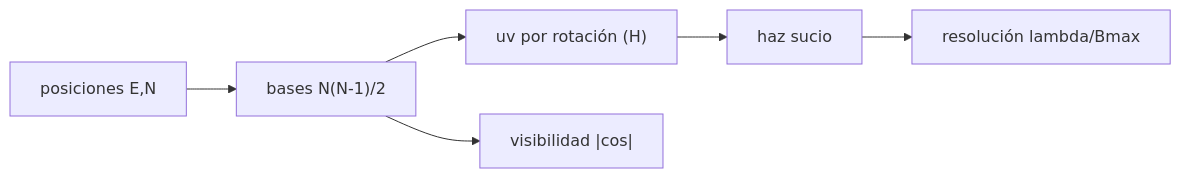
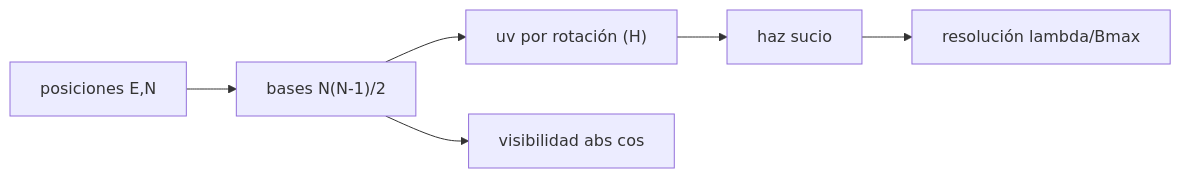
The diagram in programa/clases/B42/B42-C10-interferometria-de-multiples-telescopios/CLASE.md (vladimiracunadev-create/astronomy-astrophysics-space-sciences-aerospace-engineering-learning-program), drawn with Mermaid before and after one commit. The commit also changed other lines of this file and 51 other files, not shown here.

````diff
--- a/programa/clases/B42/B42-C10-interferometria-de-multiples-telescopios/CLASE.md
+++ b/programa/clases/B42/B42-C10-interferometria-de-multiples-telescopios/CLASE.md
@@ -53,8 +54,8 @@
 ```mermaid
 flowchart LR
     T["posiciones E,N"] --> B["bases N(N-1)/2"]
     B --> U["uv por rotación (H)"]
     U --> D["haz sucio"]
     D --> R["resolución lambda/Bmax"]
-    B --> V["visibilidad |cos|"]
+    B --> V["visibilidad abs cos"]
 ```
````
